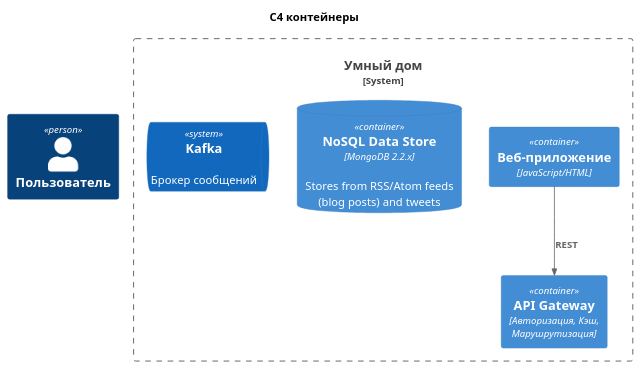
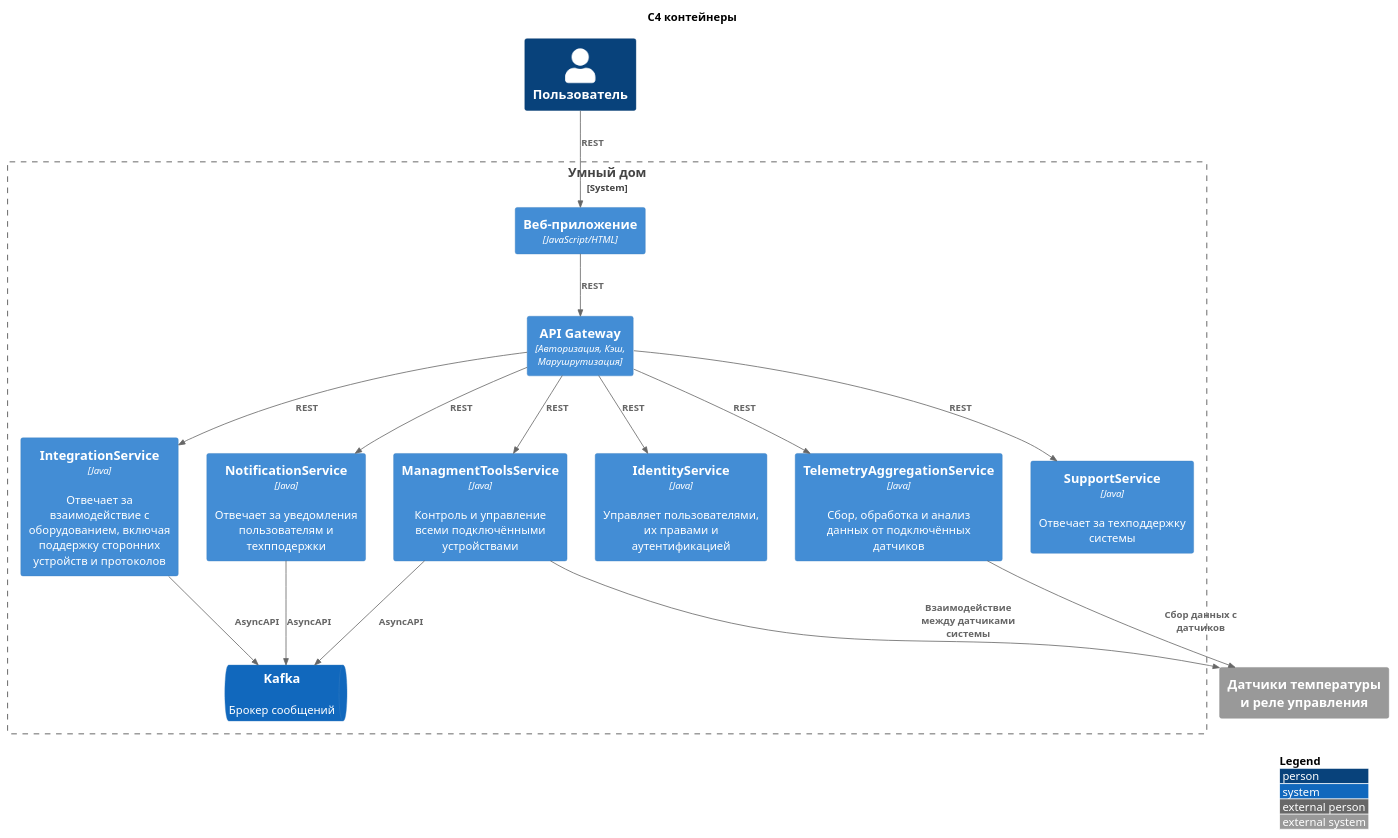
Before and after one commit to laksan1/architecture-sprint-3: the diagram in diagrams/task_2/task_2_c4_containers.puml, drawn with PlantUML. The commit also changed 1 other file, not shown here.

```diff
--- a/diagrams/task_2/task_2_c4_containers.puml
+++ b/diagrams/task_2/task_2_c4_containers.puml
@@ -1,27 +1,56 @@
 @startuml
 title "С4 контейнеры"
 
 !include https://raw.githubusercontent.com/plantuml-stdlib/C4-PlantUML/master/C4_Component.puml
 !include https://raw.githubusercontent.com/plantuml-stdlib/C4-PlantUML/master/C4_Context.puml
 
 LAYOUT_TOP_DOWN()
+LAYOUT_WITH_LEGEND()
 
 ' Определение пользователей
 Person(user, "Пользователь")
 
 ' Определение границ системы
 System_Boundary(smartHome, "Умный дом") {
 
     Container(ui, "Веб-приложение", "JavaScript/HTML")
     Container(apiGateway, "API Gateway", "Авторизация, Кэш, Марушрутизация")
 
-    ContainerDb(nosql, "NoSQL Data Store", "MongoDB 2.2.x", "Stores from RSS/Atom feeds (blog posts) and tweets")
+    Container(managmentToolsService, "ManagmentToolsService", "Java", "Контроль и управление всеми подключёнными устройствами")
+
+    Container(telemetryAggregationService, "TelemetryAggregationService", "Java", "Cбор, обработка и анализ данных от подключённых датчиков")
+
+    Container(notificationService, "NotificationService", "Java", "Отвечает за уведомления пользователям и техпподержки")
+
+    Container(identityService, "IdentityService", "Java", "Управляет пользователями, их правами и аутентификацией")
     
-    SystemQueue(Kafka, "Kafka", "Брокер сообщений")
+    Container(integrationService, "IntegrationService", "Java", "Отвечает за взаимодействие с оборудованием, включая поддержку сторонних устройств и протоколов")
+    
+    Container(supportService, "SupportService", "Java", "Отвечает за техподдержку системы")
+  
+    SystemQueue(kafka, "Kafka", "Брокер сообщений")
 }
 
+System_Ext(sensors, "Датчики температуры и реле управления", )
 
-' Взаимодействие между контейнерами системы
+' Взаимодействие между контейнерами мимкросервисами
+Rel(user, ui, "REST")
 Rel(ui, apiGateway, "REST")
 
+Rel(apiGateway, managmentToolsService, "REST")
+Rel(apiGateway, telemetryAggregationService, "REST")
+Rel(apiGateway, identityService, "REST")
+Rel(apiGateway, integrationService, "REST")
+Rel(apiGateway, supportService, "REST")
+Rel(apiGateway, notificationService, "REST")
+
+' Взаимодействие между датчиками системы
+Rel(managmentToolsService, sensors, "Взаимодействие между датчиками системы")
+Rel(telemetryAggregationService, sensors, "Сбор данных с датчиков")
+
+' Взаимодействие между брокером сообщений
+Rel(notificationService, kafka, "AsyncAPI")
+Rel(managmentToolsService, kafka, "AsyncAPI")
+Rel(integrationService, kafka, "AsyncAPI")
+
 @enduml
```
